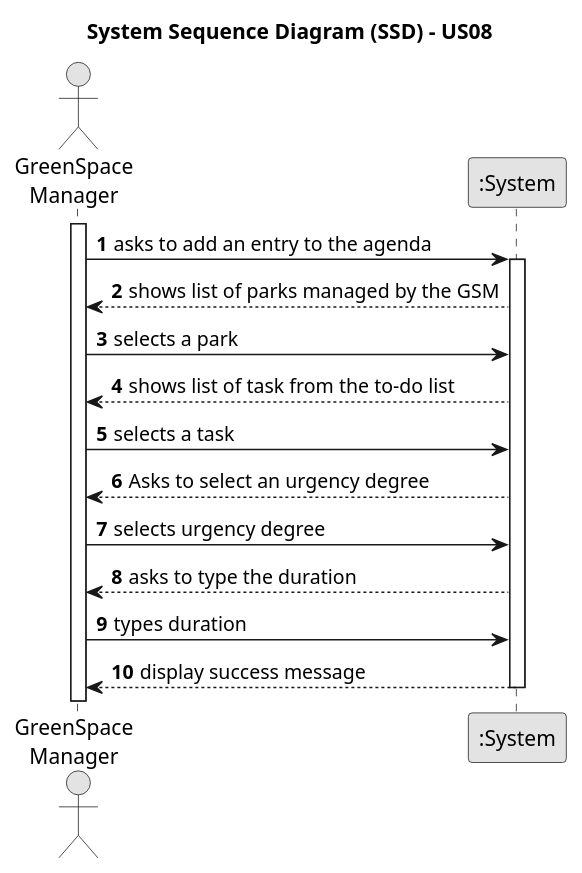
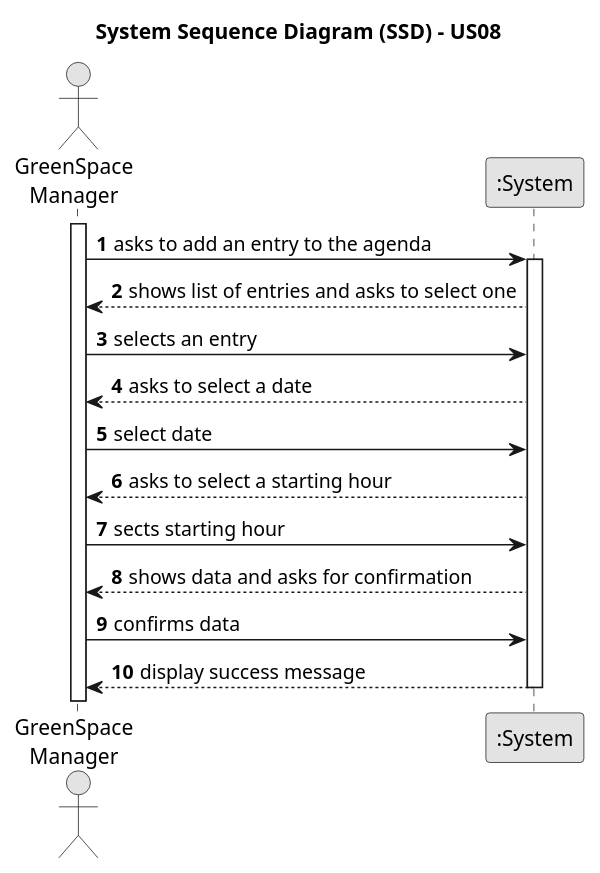
The diagram in docs/sprintC/us22/01.requirements-engineering/puml/us22-system-sequence-diagram.puml (Paulo-Pereira-at-ISEP/lei-24-s2-1nanb-g321), drawn with PlantUML before and after one commit. The commit also changed 3 other files, not shown here.

```diff
--- a/docs/sprintC/us22/01.requirements-engineering/puml/us22-system-sequence-diagram.puml
+++ b/docs/sprintC/us22/01.requirements-engineering/puml/us22-system-sequence-diagram.puml
@@ -1,30 +1,30 @@
 @startuml
 skinparam monochrome true
 skinparam packageStyle rectangle
 skinparam shadowing false
 
 title System Sequence Diagram (SSD) - US08
 
 autonumber
 
 actor "GreenSpace\nManager" as Employee
 participant ":System" as System
 
 activate Employee
 
     Employee -> System : asks to add an entry to the agenda
     activate System
 
-    System --> Employee : shows list of parks managed by the GSM
-    Employee -> System : selects a park
-    System --> Employee : shows list of task from the to-do list
-    Employee -> System : selects a task
-    System --> Employee : Asks to select an urgency degree
-    Employee -> System : selects urgency degree
-    System --> Employee : asks to type the duration
-    Employee -> System : types duration
+    System --> Employee : shows list of entries and asks to select one
+    Employee -> System : selects an entry
+    System --> Employee : asks to select a date
+    Employee -> System : select date
+    System --> Employee : asks to select a starting hour
+    Employee -> System : sects starting hour
+    System --> Employee : shows data and asks for confirmation
+    Employee -> System : confirms data
     System --> Employee : display success message
 
    deactivate System
 
 @enduml
```
